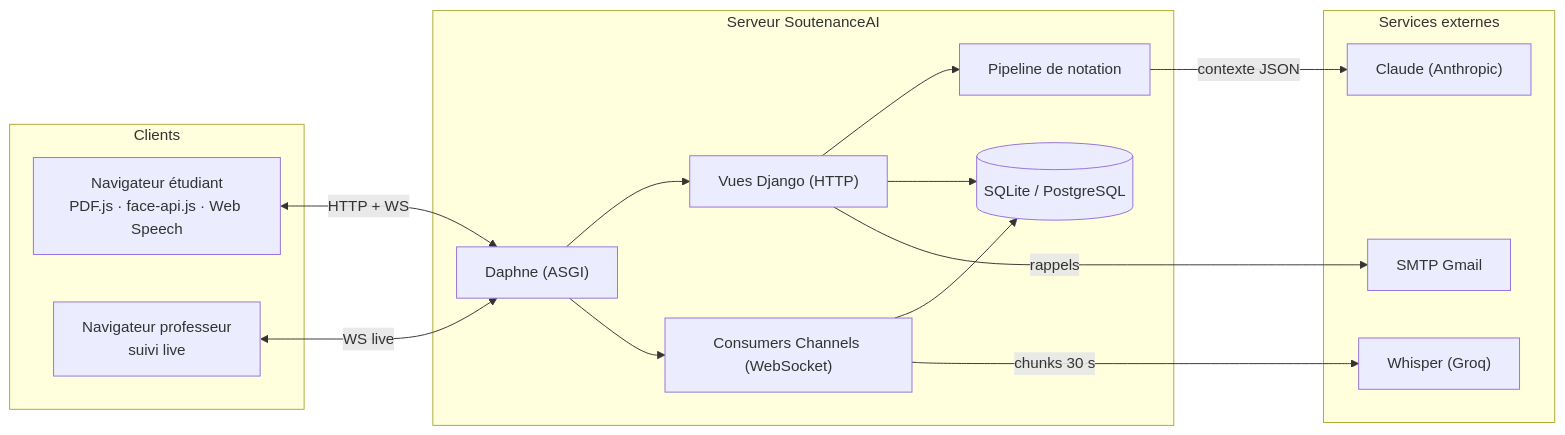
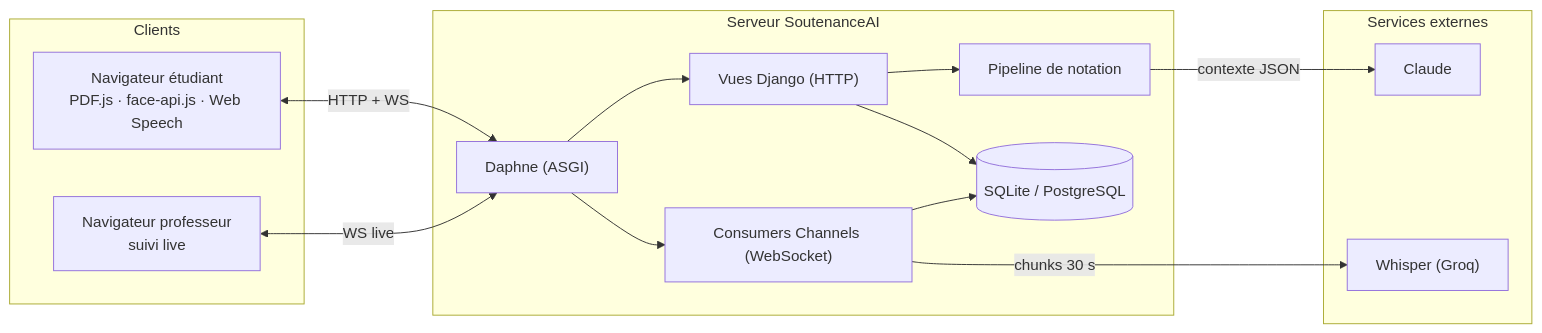
Before and after one commit to ZIADEA/SOUTENANCENNOTATIONBYAI: the first of 2 diagrams in presentation.md, drawn with Mermaid. The commit also changed other lines of this file, not shown here.

Commit message:
presentation: resserree a 8 slides / 8 minutes (probleme, solution, technos, archi, sequence, jury IA, conclusion)

````diff
--- a/presentation.md
+++ b/presentation.md
@@ -74,29 +70,27 @@
 ```mermaid
 flowchart LR
     subgraph Clients
         E["Navigateur étudiant<br>PDF.js · face-api.js · Web Speech"]
         P["Navigateur professeur<br>suivi live"]
     end
     subgraph "Serveur SoutenanceAI"
         D["Daphne (ASGI)"]
         V["Vues Django (HTTP)"]
         C["Consumers Channels (WebSocket)"]
         PL["Pipeline de notation"]
         DB[("SQLite / PostgreSQL")]
     end
     subgraph "Services externes"
-        CL["Claude (Anthropic)"]
+        CL["Claude"]
         W["Whisper (Groq)"]
-        M["SMTP Gmail"]
     end
     E <-->|HTTP + WS| D
     P <-->|WS live| D
     D --> V
     D --> C
     V --> PL
     V --> DB
     C --> DB
     C -->|chunks 30 s| W
     PL -->|contexte JSON| CL
-    V -->|rappels| M
 ```
````
